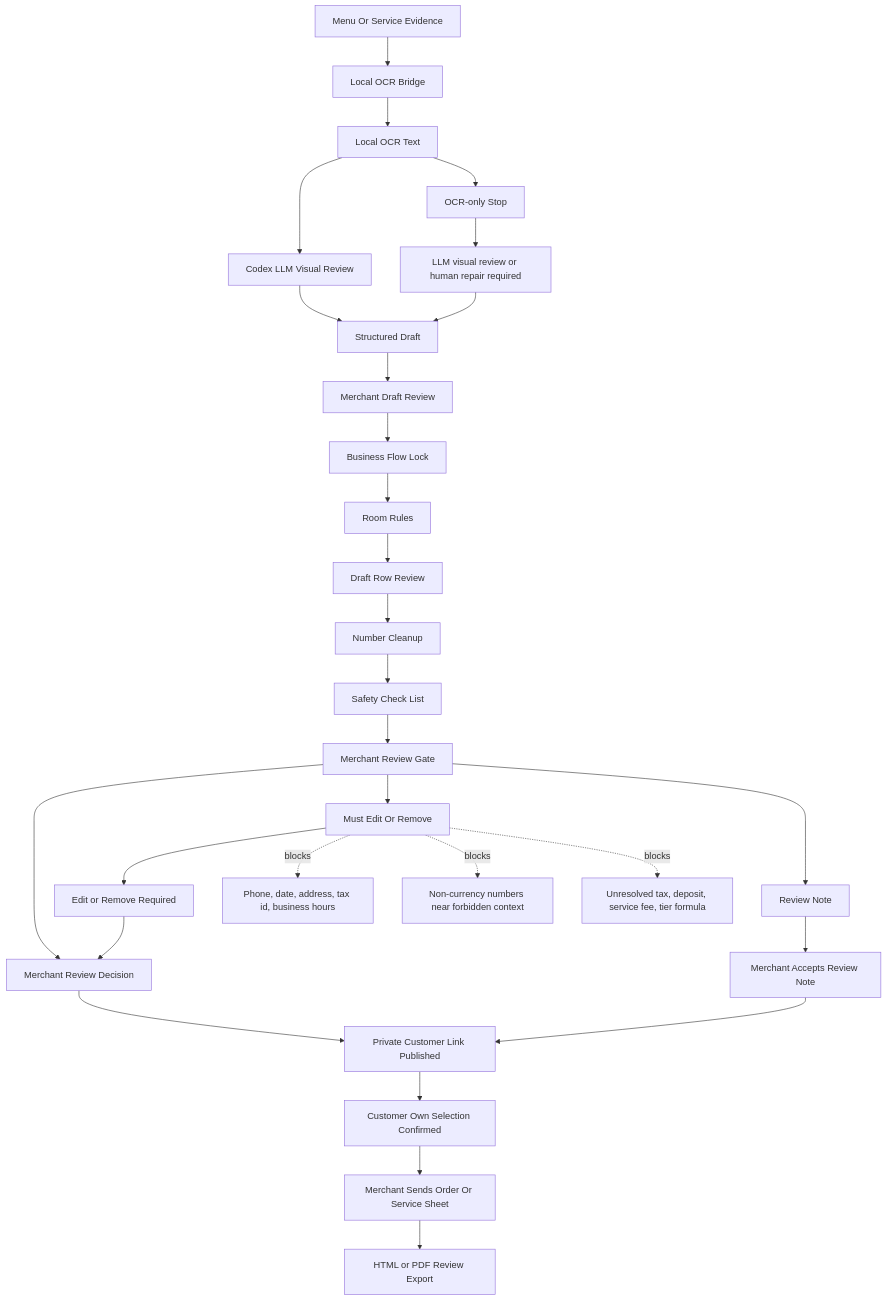
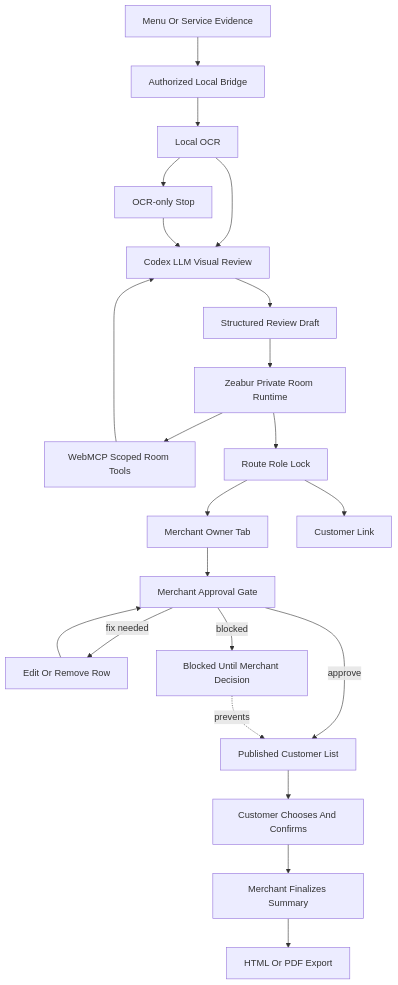
Before and after one commit to jiarong0423/shared-room-mcp: the second of 2 diagrams in README.md, drawn with Mermaid. The commit also changed other lines of this file and 5 other files, not shown here.

Commit message:
Lock route roles and demo language

````diff
--- a/README.md
+++ b/README.md
@@ -253,35 +254,24 @@
 ```mermaid
 flowchart TD
-  L0[Menu Or Service Evidence] --> B0[Local OCR Bridge]
-  B0 --> B1[Local OCR Text]
-  B1 --> B2[Codex LLM Visual Review]
-  B2 --> B3[Structured Draft]
-  B3 --> L1[Merchant Draft Review]
-  L1 --> L2[Business Flow Lock]
-  L2 --> L3[Room Rules]
-  L3 --> L4[Draft Row Review]
-  L4 --> L5[Number Cleanup]
-  L5 --> L6[Safety Check List]
-  L6 --> L7[Merchant Review Gate]
-  L7 --> L8[Merchant Review Decision]
-  L8 --> L9[Private Customer Link Published]
-  L9 --> L10[Customer Own Selection Confirmed]
-  L10 --> L11[Merchant Sends Order Or Service Sheet]
-  L11 --> L12[HTML or PDF Review Export]
-
-  L7 --> W[Review Note]
-  W --> RW[Merchant Accepts Review Note]
-  RW --> L9
-
-  B1 --> OB[OCR-only Stop]
-  OB --> HR[LLM visual review or human repair required]
-  HR --> B3
-
-  L7 --> S[Must Edit Or Remove]
-  S --> ER[Edit or Remove Required]
-  ER --> L8
-
-  S -. blocks .-> RISK[Phone, date, address, tax id, business hours]
-  S -. blocks .-> RISK_NON_CURRENCY[Non-currency numbers near forbidden context]
-  S -. blocks .-> RISK_FORMULA[Unresolved tax, deposit, service fee, tier formula]
+  Evidence[Menu Or Service Evidence] --> Bridge[Authorized Local Bridge]
+  Bridge --> OCR[Local OCR]
+  OCR --> Codex[Codex LLM Visual Review]
+  OCR --> OcrStop[OCR-only Stop]
+  OcrStop --> Codex
+  Codex --> Draft[Structured Review Draft]
+  Draft --> Zeabur[Zeabur Private Room Runtime]
+  Zeabur --> WebMCP[WebMCP Scoped Room Tools]
+  WebMCP --> Codex
+  Zeabur --> RoleLock[Route Role Lock]
+  RoleLock --> Owner[Merchant Owner Tab]
+  RoleLock --> Customer[Customer Link]
+  Owner --> Gate[Merchant Approval Gate]
+  Gate -->|approve| Published[Published Customer List]
+  Gate -->|fix needed| Fix[Edit Or Remove Row]
+  Fix --> Gate
+  Gate -->|blocked| Stop[Blocked Until Merchant Decision]
+  Published --> CustomerOrder[Customer Chooses And Confirms]
+  CustomerOrder --> Final[Merchant Finalizes Summary]
+  Final --> Export[HTML Or PDF Export]
+  Stop -. prevents .-> Published
 ```
````
